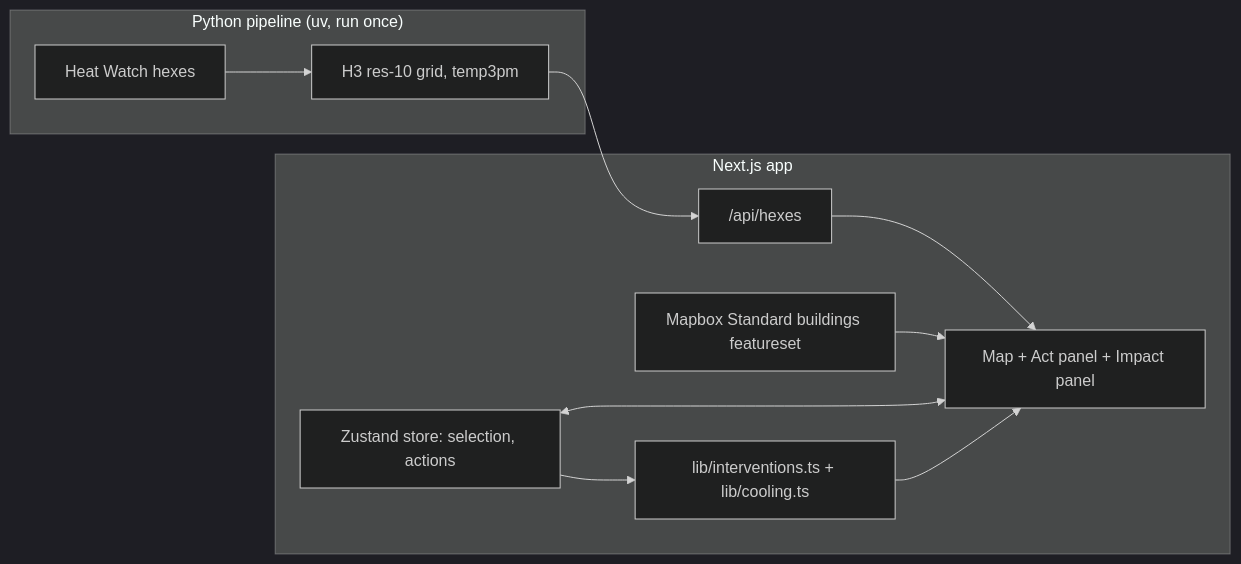
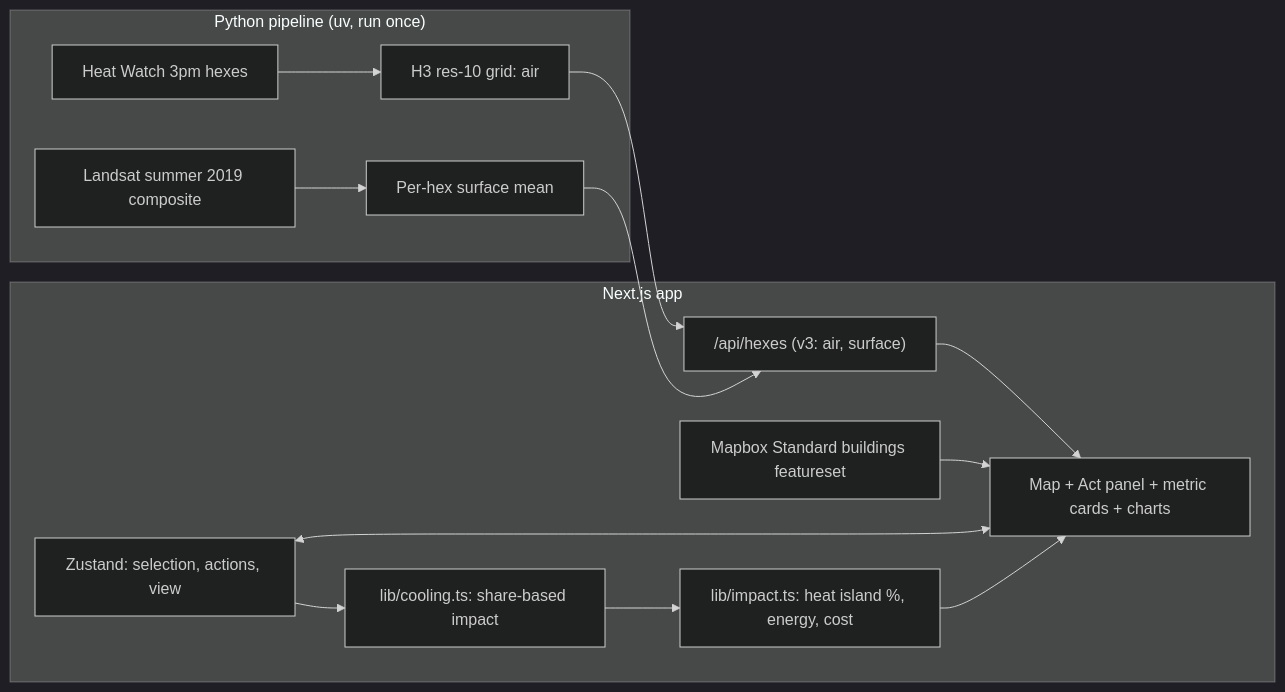
Before and after one commit to lvcasmadeit/coolboston: the diagram in PLAN.md, drawn with Mermaid (dark theme). The commit also changed other lines of this file and 2 other files, not shown here.

First line of the commit message:
docs: replan to agreed select-and-act spec

````diff
--- a/PLAN.md
+++ b/PLAN.md
@@ -43,17 +44,21 @@
 ```mermaid
 flowchart LR
   subgraph Offline["Python pipeline (uv, run once)"]
-    B[Heat Watch hexes] --> G[H3 res-10 grid, temp3pm]
+    B[Heat Watch 3pm hexes] --> G[H3 res-10 grid: air]
+    L[Landsat summer 2019 composite] --> S[Per-hex surface mean]
   end
   subgraph Next["Next.js app"]
-    API["/api/hexes"]
+    API["/api/hexes (v3: air, surface)"]
     MB[Mapbox Standard buildings featureset]
-    C[lib/interventions.ts + lib/cooling.ts]
-    UI[Map + Act panel + Impact panel]
-    Z[Zustand store: selection, actions]
+    C[lib/cooling.ts: share-based impact]
+    I[lib/impact.ts: heat island %, energy, cost]
+    UI[Map + Act panel + metric cards + charts]
+    Z[Zustand: selection, actions, view]
   end
-  G --> API --> UI
+  G --> API
+  S --> API
+  API --> UI
   MB --> UI
   Z <--> UI
-  Z --> C --> UI
+  Z --> C --> I --> UI
 ```
````
